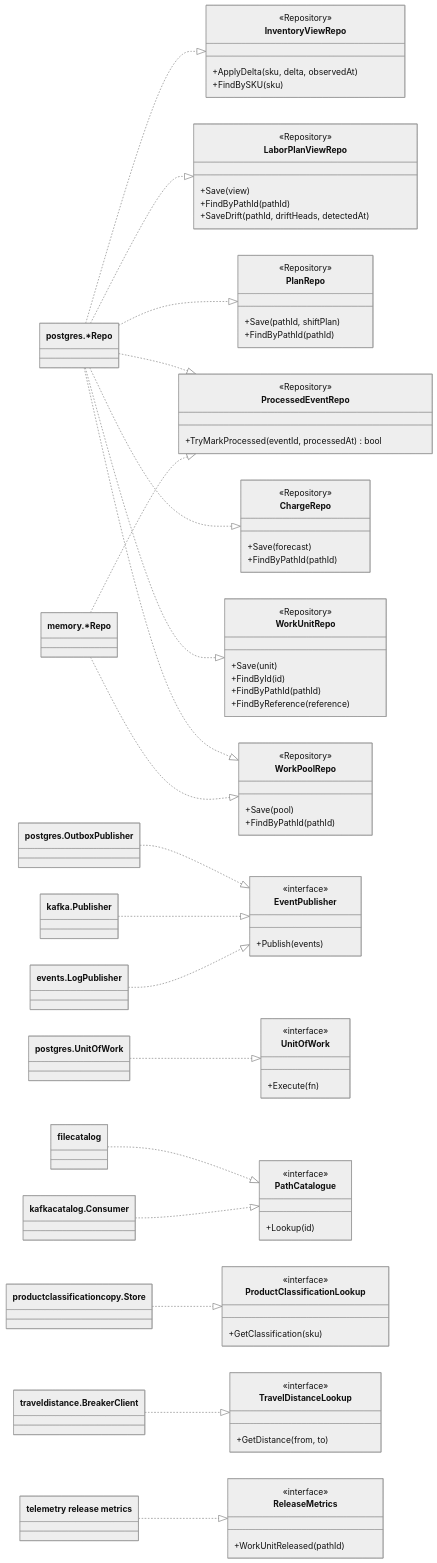
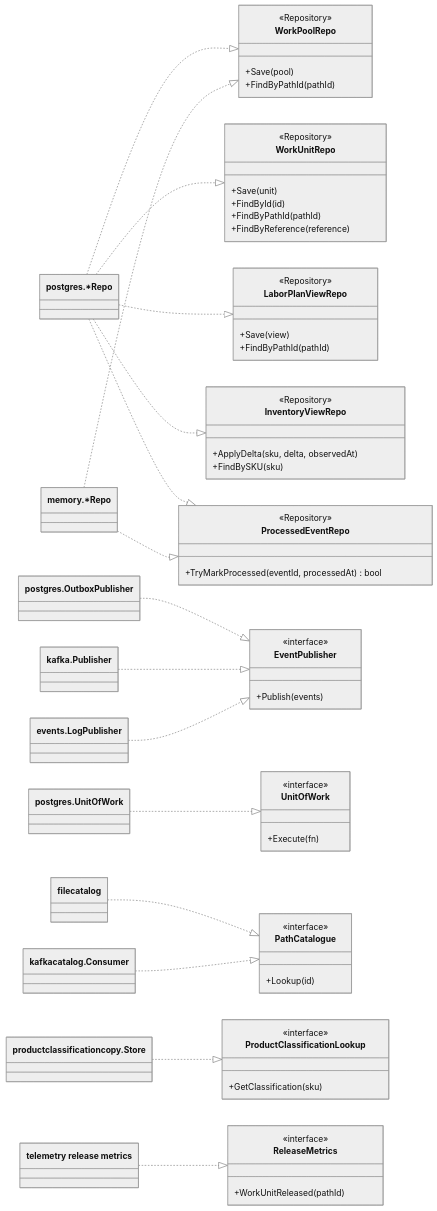
The fourth of 5 diagrams in docs/docs/ddd/class-diagram.md (IQVO/wes-work-planning), drawn with Mermaid (neutral theme) before and after one commit. The commit also changed other lines of this file and 10 other files, not shown here.

````diff
--- a/docs/docs/ddd/class-diagram.md
+++ b/docs/docs/ddd/class-diagram.md
@@ -347,16 +273,6 @@
 ```mermaid
 classDiagram
     direction LR
-    class ChargeRepo {
-        <<Repository>>
-        +Save(forecast)
-        +FindByPathId(pathId)
-    }
-    class PlanRepo {
-        <<Repository>>
-        +Save(pathId, shiftPlan)
-        +FindByPathId(pathId)
-    }
     class WorkPoolRepo {
         <<Repository>>
         +Save(pool)
@@ -373,7 +289,6 @@
         <<Repository>>
         +Save(view)
         +FindByPathId(pathId)
-        +SaveDrift(pathId, driftHeads, detectedAt)
     }
     class InventoryViewRepo {
         <<Repository>>
@@ -400,10 +315,6 @@
         <<interface>>
         +GetClassification(sku)
     }
-    class TravelDistanceLookup {
-        <<interface>>
-        +GetDistance(from, to)
-    }
     class ReleaseMetrics {
         <<interface>>
         +WorkUnitReleased(pathId)
@@ -418,13 +329,10 @@
     class FileCatalogue["filecatalog"]
     class KafkaCatalogue["kafkacatalog.Consumer"]
     class ClassificationCopy["productclassificationcopy.Store"]
-    class TravelClient["traveldistance.BreakerClient"]
     class OtelReleaseMetrics["telemetry release metrics"]
 
     PostgresRepos ..|> WorkPoolRepo
     PostgresRepos ..|> WorkUnitRepo
-    PostgresRepos ..|> ChargeRepo
-    PostgresRepos ..|> PlanRepo
     PostgresRepos ..|> LaborPlanViewRepo
     PostgresRepos ..|> InventoryViewRepo
     PostgresRepos ..|> ProcessedEventRepo
@@ -437,6 +345,5 @@
     FileCatalogue ..|> PathCatalogue
     KafkaCatalogue ..|> PathCatalogue
     ClassificationCopy ..|> ProductClassificationLookup
-    TravelClient ..|> TravelDistanceLookup
     OtelReleaseMetrics ..|> ReleaseMetrics
 ```
````
